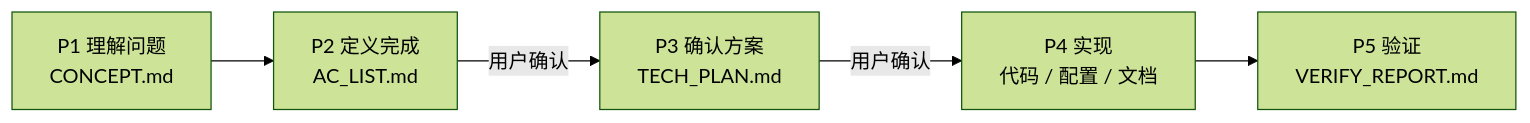
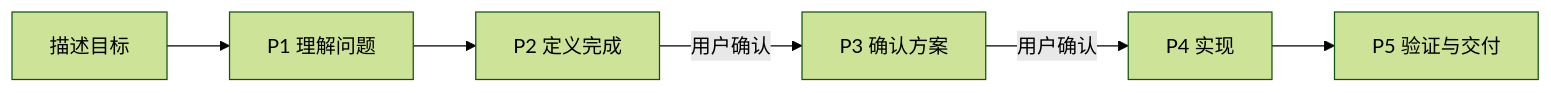
The first of 4 diagrams in README.md (hidetodong/butler), drawn with Mermaid (forest theme) before and after one commit. The commit also changed other lines of this file and 1 other file, not shown here.

````diff
--- a/README.md
+++ b/README.md
@@ -47,7 +107,8 @@
 ```mermaid
 flowchart LR
-    P1["P1 理解问题<br/>CONCEPT.md"] --> P2["P2 定义完成<br/>AC_LIST.md"]
-    P2 -->|用户确认| P3["P3 确认方案<br/>TECH_PLAN.md"]
-    P3 -->|用户确认| P4["P4 实现<br/>代码 / 配置 / 文档"]
-    P4 --> P5["P5 验证<br/>VERIFY_REPORT.md"]
+    U["描述目标"] --> P1["P1 理解问题"]
+    P1 --> P2["P2 定义完成"]
+    P2 -->|"用户确认"| P3["P3 确认方案"]
+    P3 -->|"用户确认"| P4["P4 实现"]
+    P4 --> P5["P5 验证与交付"]
 ```
````
